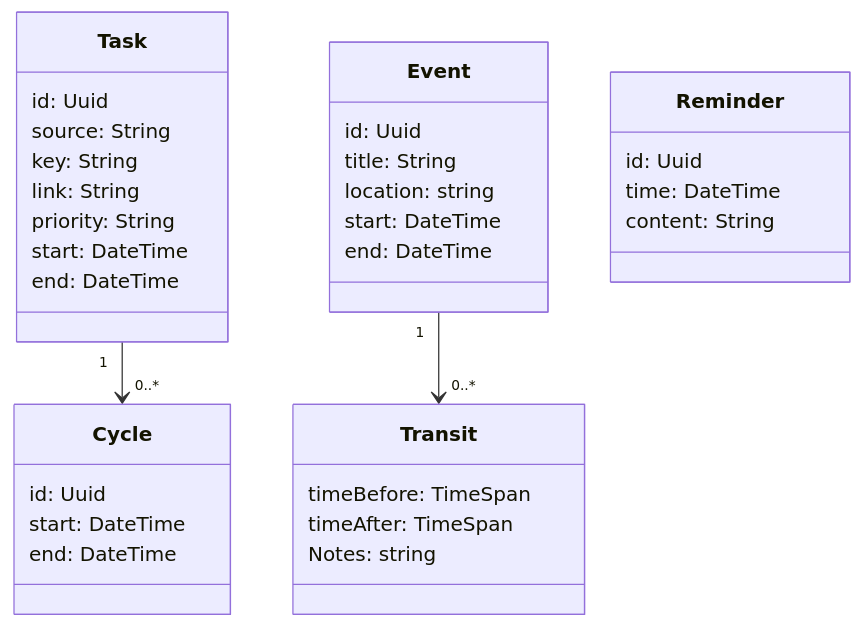
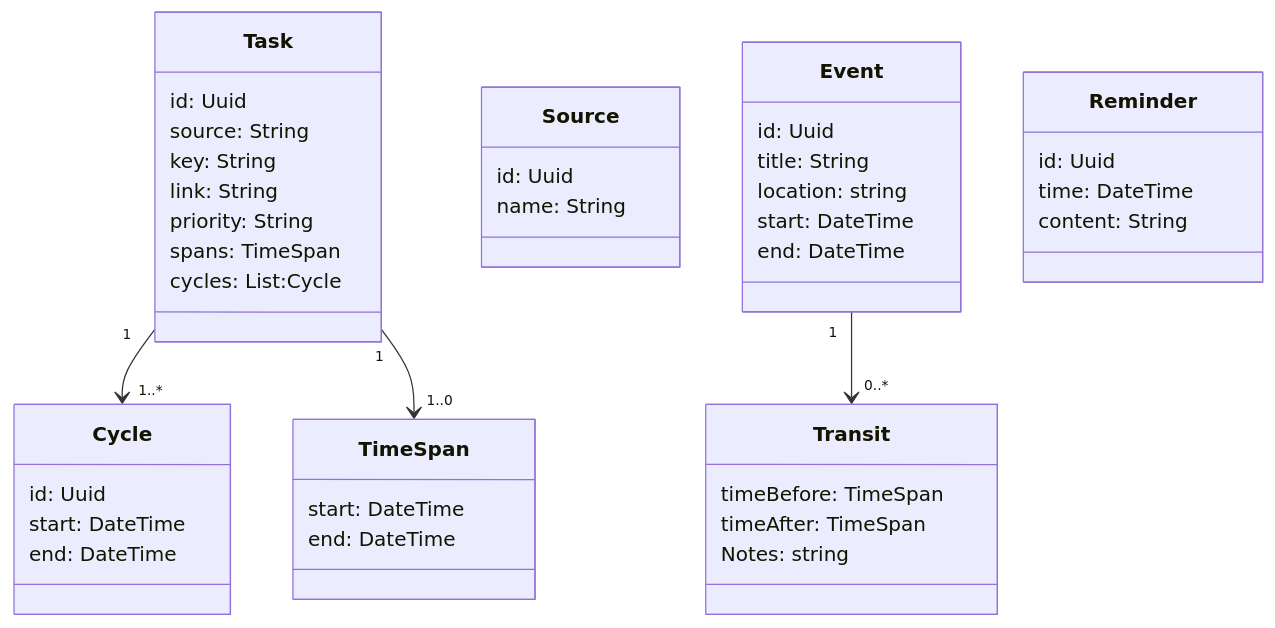
Before and after one commit to armunro/flightplan: the diagram in README.md, drawn with Mermaid. The commit also changed 5 other files, not shown here.

````diff
--- a/README.md
+++ b/README.md
@@ -4,43 +4,55 @@
 ```mermaid
 classDiagram
+
+    class TimeSpan {
+        start: DateTime
+        end: DateTime
+    }
+    
     class Task {
         id: Uuid
         source: String
         key: String
         link: String
         priority: String
-        start: DateTime
-        end: DateTime
+        spans: TimeSpan
+        cycles: List:Cycle
+    }
+
+    class Source {
+        id: Uuid
+        name: String
     }
 
     class Cycle {
         id: Uuid
         start: DateTime
         end: DateTime
     }
 
     class Event {
         id: Uuid
         title: String
         location: string
         start: DateTime
         end: DateTime
     }
 
     class Transit {
         timeBefore: TimeSpan
         timeAfter: TimeSpan
         Notes: string
     }
 
     class Reminder {
         id: Uuid
         time: DateTime
         content: String
     }
 
-    Task "1" --> "0..*" Cycle
-    
+    Task "1" --> "1..*" Cycle
+
+    Task "1" --> "1..0" TimeSpan
     Event "1" --> "0..*" Transit
     
 ```
````
